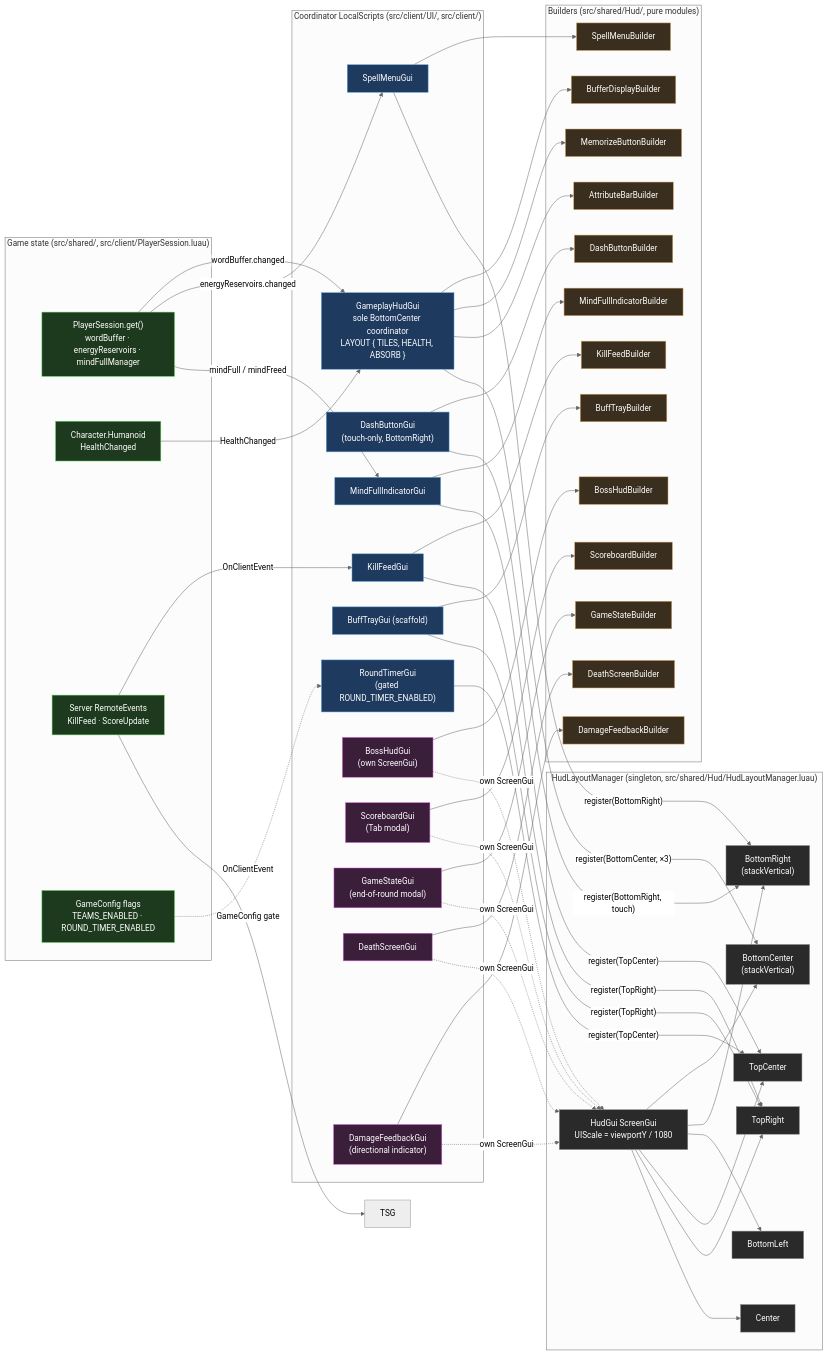
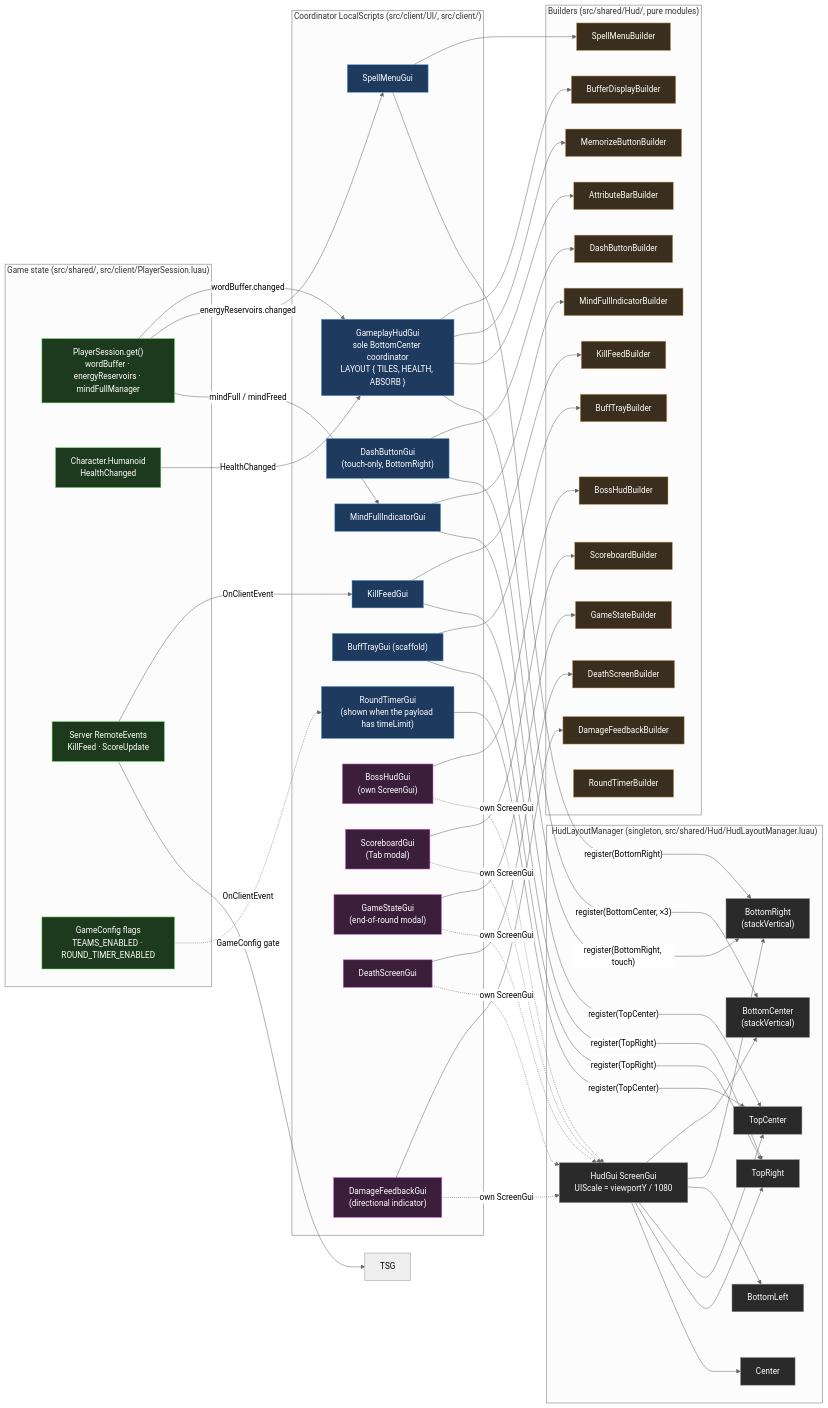
Before and after one commit to Lukizanda/brain-fighter: the diagram in wiki/systems/HUD.md, drawn with Mermaid (neutral theme). The commit also changed other lines of this file and 29 other files, not shown here.

```diff
--- a/wiki/systems/HUD.md
+++ b/wiki/systems/HUD.md
@@ -45,7 +45,7 @@
     MFI["MindFullIndicatorGui"]:::coord
     KFG["KillFeedGui"]:::coord
     BTG["BuffTrayGui (scaffold)"]:::coord
-    RTG["RoundTimerGui<br/>(gated ROUND_TIMER_ENABLED)"]:::coord
+    RTG["RoundTimerGui<br/>(shown when the payload has timeLimit)"]:::coord
     BHG["BossHudGui<br/>(own ScreenGui)"]:::modal
     SBG["ScoreboardGui<br/>(Tab modal)"]:::modal
     GSG["GameStateGui<br/>(end-of-round modal)"]:::modal
@@ -67,6 +67,7 @@
     SCB["ScoreboardBuilder"]:::builder
     BHB["BossHudBuilder"]:::builder
     KFB["KillFeedBuilder"]:::builder
+    RTB["RoundTimerBuilder"]:::builder
   end
 
   %% --- coordinator → builder ---
```
